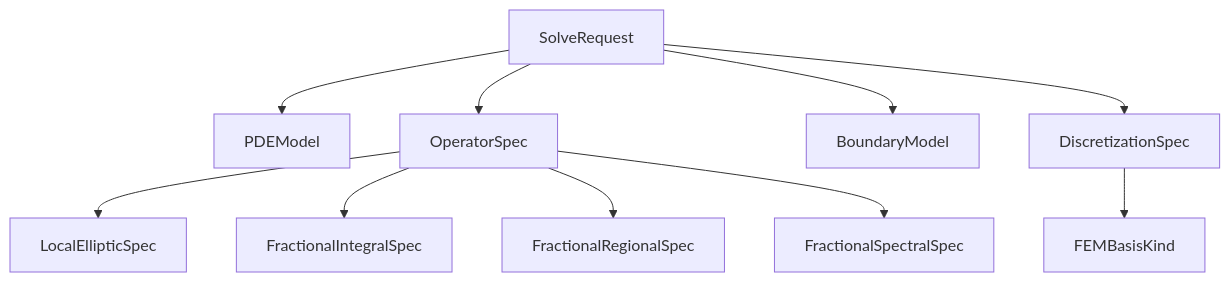
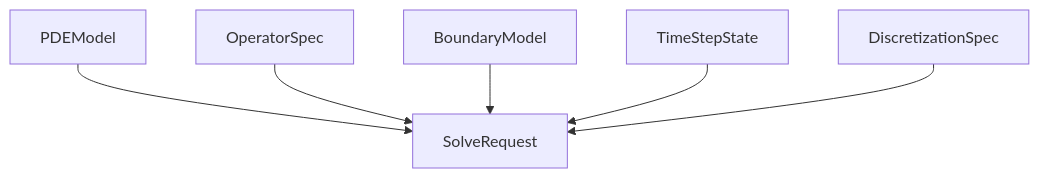
Before and after one commit to anshelino0606/DelaunayForge: the second of 6 diagrams in src/math/ARCHITECTURE.md, drawn with Mermaid. The commit also changed other lines of this file and 64 other files, not shown here.

````diff
--- a/src/math/ARCHITECTURE.md
+++ b/src/math/ARCHITECTURE.md
@@ -17,12 +12,8 @@
 ```mermaid
 flowchart TD
-    SolveRequest --> PDEModel
-    SolveRequest --> OperatorSpec
-    SolveRequest --> BoundaryModel
-    SolveRequest --> DiscretizationSpec
-    DiscretizationSpec --> Basis[FEMBasisKind]
-    OperatorSpec --> LocalEllipticSpec
-    OperatorSpec --> FractionalIntegralSpec
-    OperatorSpec --> FractionalRegionalSpec
-    OperatorSpec --> FractionalSpectralSpec
+    P[PDEModel] --> R[SolveRequest]
+    O[OperatorSpec] --> R
+    G[BoundaryModel] --> R
+    T[TimeStepState] --> R
+    K[DiscretizationSpec] --> R
 ```
````
